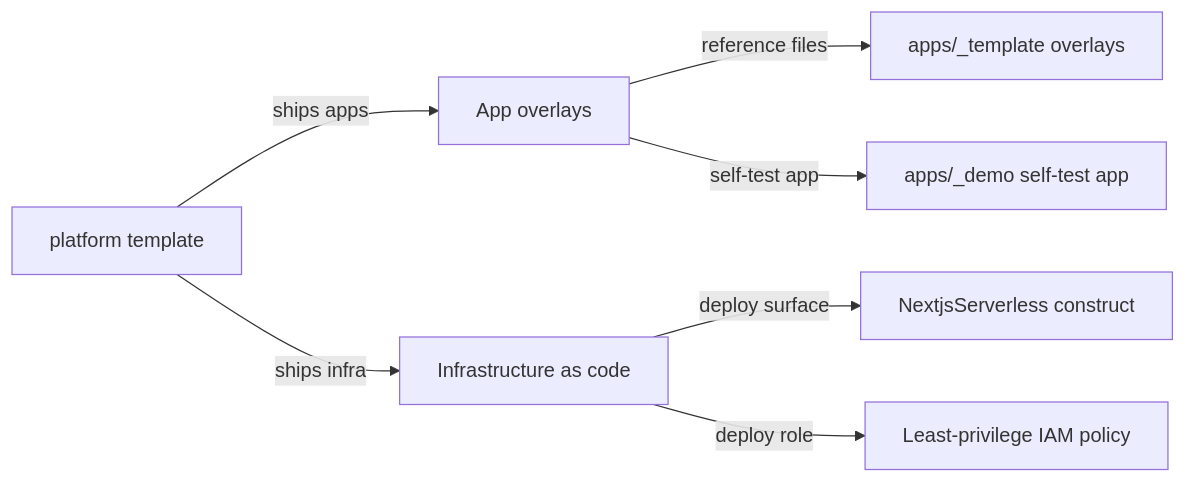
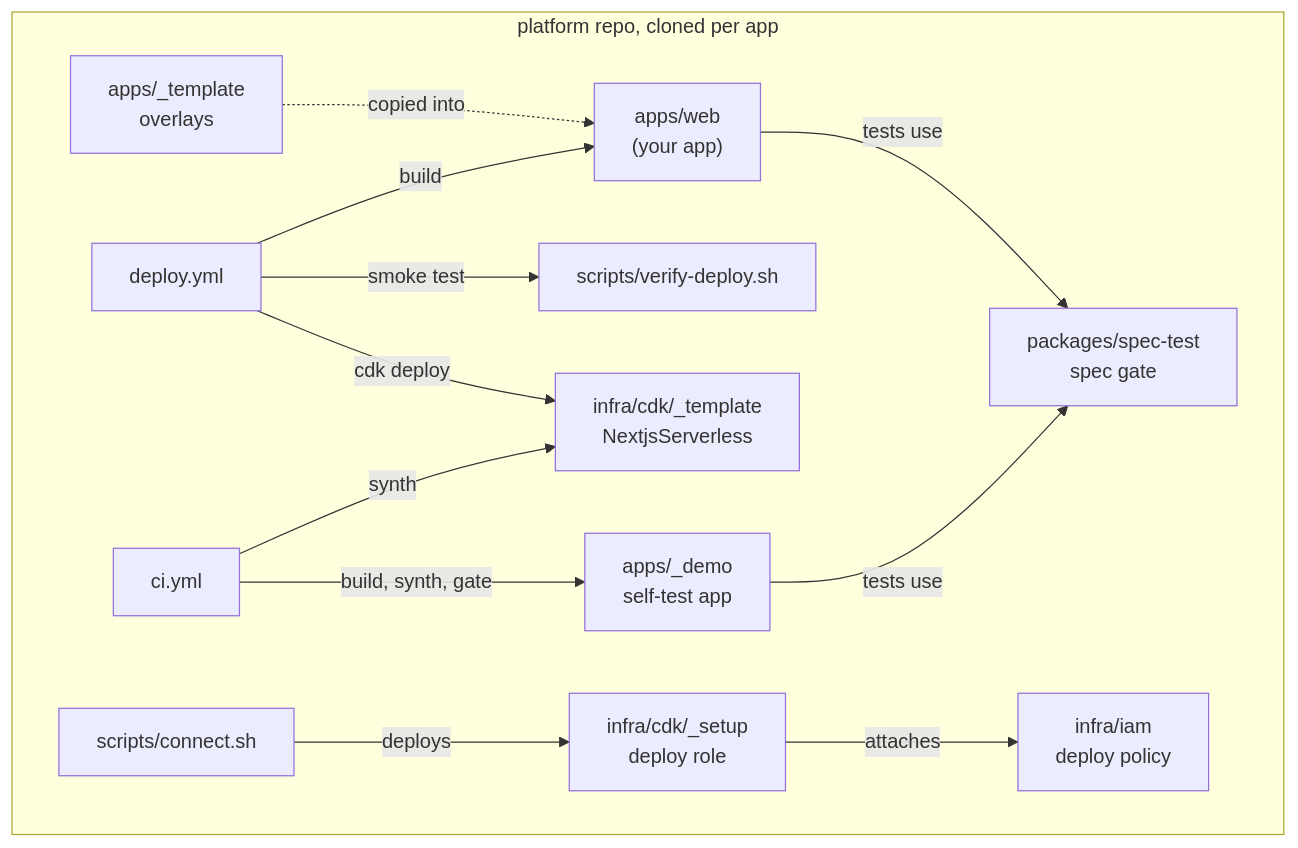
One commit to elleskay/platform changed the second of 6 diagrams in README.md. Above: the diagram before and after it, drawn with Mermaid. The commit also changed other lines of this file, not shown here.

````diff
--- a/README.md
+++ b/README.md
@@ -126,9 +126,27 @@
 ```mermaid
 flowchart LR
-  P["platform template"] -->|"ships apps"| APPS["App overlays"]
-  P -->|"ships infra"| INFRA["Infrastructure as code"]
-  APPS -->|"reference files"| T["apps/_template overlays"]
-  APPS -->|"self-test app"| D["apps/_demo self-test app"]
-  INFRA -->|"deploy surface"| C["NextjsServerless construct"]
-  INFRA -->|"deploy role"| IAM["Least-privilege IAM policy"]
+  subgraph repo["platform repo, cloned per app"]
+    direction LR
+    TPL["apps/_template<br/>overlays"]
+    DEP["deploy.yml"]
+    CI["ci.yml"]
+    CONNECT["scripts/connect.sh"]
+    WEB["apps/web<br/>(your app)"]
+    VERIFY["scripts/verify-deploy.sh"]
+    CDK["infra/cdk/_template<br/>NextjsServerless"]
+    DEMO["apps/_demo<br/>self-test app"]
+    SETUP["infra/cdk/_setup<br/>deploy role"]
+    ST["packages/spec-test<br/>spec gate"]
+    IAM["infra/iam<br/>deploy policy"]
+  end
+  TPL -.->|"copied into"| WEB
+  DEP -->|"build"| WEB
+  DEP -->|"smoke test"| VERIFY
+  DEP -->|"cdk deploy"| CDK
+  CI -->|"synth"| CDK
+  CI -->|"build, synth, gate"| DEMO
+  CONNECT -->|"deploys"| SETUP
+  WEB -->|"tests use"| ST
+  DEMO -->|"tests use"| ST
+  SETUP -->|"attaches"| IAM
 ```
````
